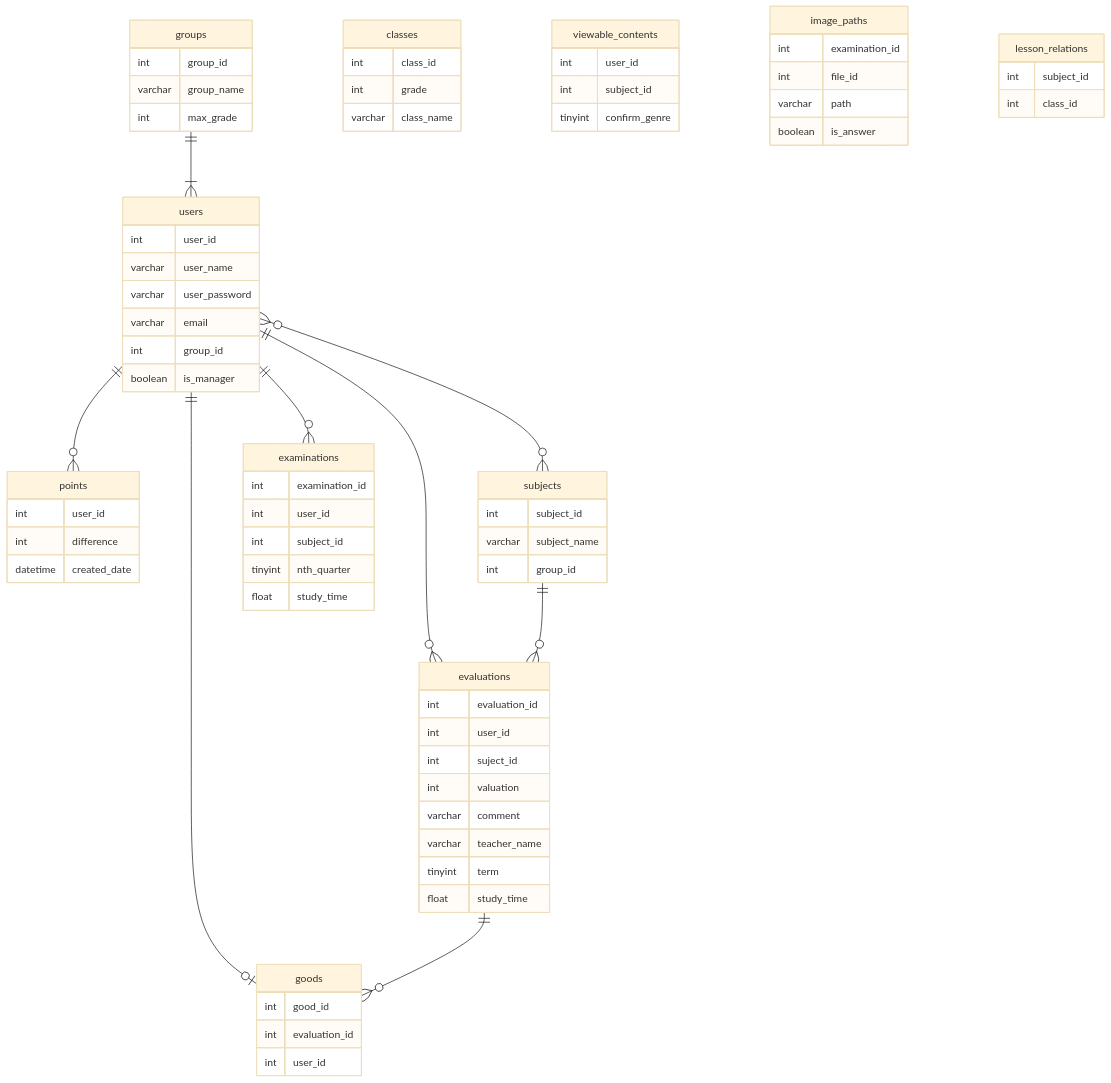
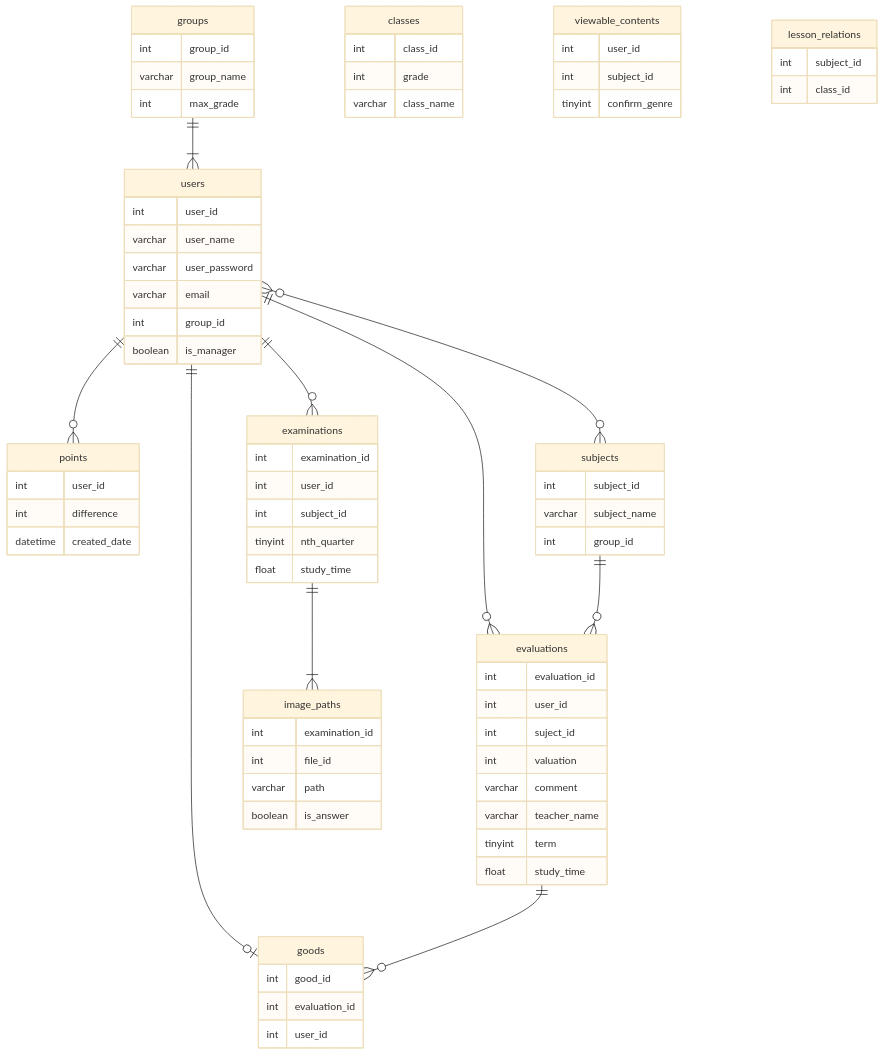
The diagram in docs/ER.md (kinoshita0923/manabiba_backend), drawn with Mermaid (base theme) before and after one commit.

Commit message:
🐛 image_pathsテーブルとexaminationsテーブルの関係を追記

````diff
--- a/docs/ER.md
+++ b/docs/ER.md
@@ -84,4 +84,5 @@
     users||--o|goods: ""
     subjects||--o{evaluations: ""
     evaluations||--o{goods: ""
+    examinations||--|{image_paths: ""
 ```
````
